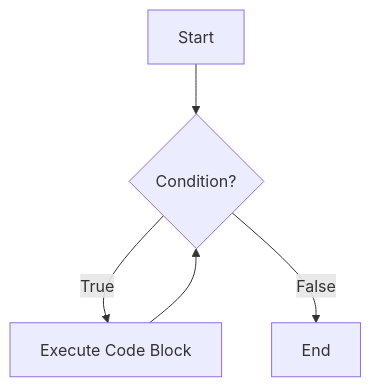
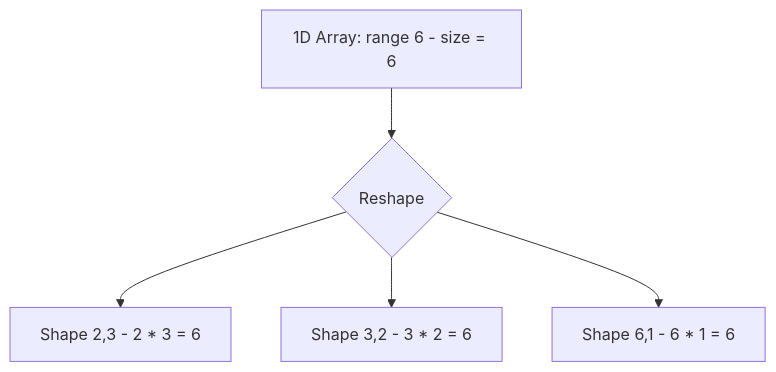
One commit to riyann00b/SDHub-DS changed the fourth of 4 diagrams in README.md. Above: the diagram before and after it, drawn with Mermaid. The commit also changed other lines of this file, not shown here.

````diff
--- a/README.md
+++ b/README.md
@@ -303,7 +271,7 @@
 ```mermaid
 graph TD
-    A[Start] --> B{Condition?};
-    B -- True --> C[Execute Code Block];
-    C --> B;
-    B -- False --> D[End];
+    A[1D Array: range 6 - size = 6] --> B{Reshape}
+    B --> C[Shape 2,3 - 2 * 3 = 6]
+    B --> D[Shape 3,2 - 3 * 2 = 6]
+    B --> E[Shape 6,1 - 6 * 1 = 6]
 ```
````
